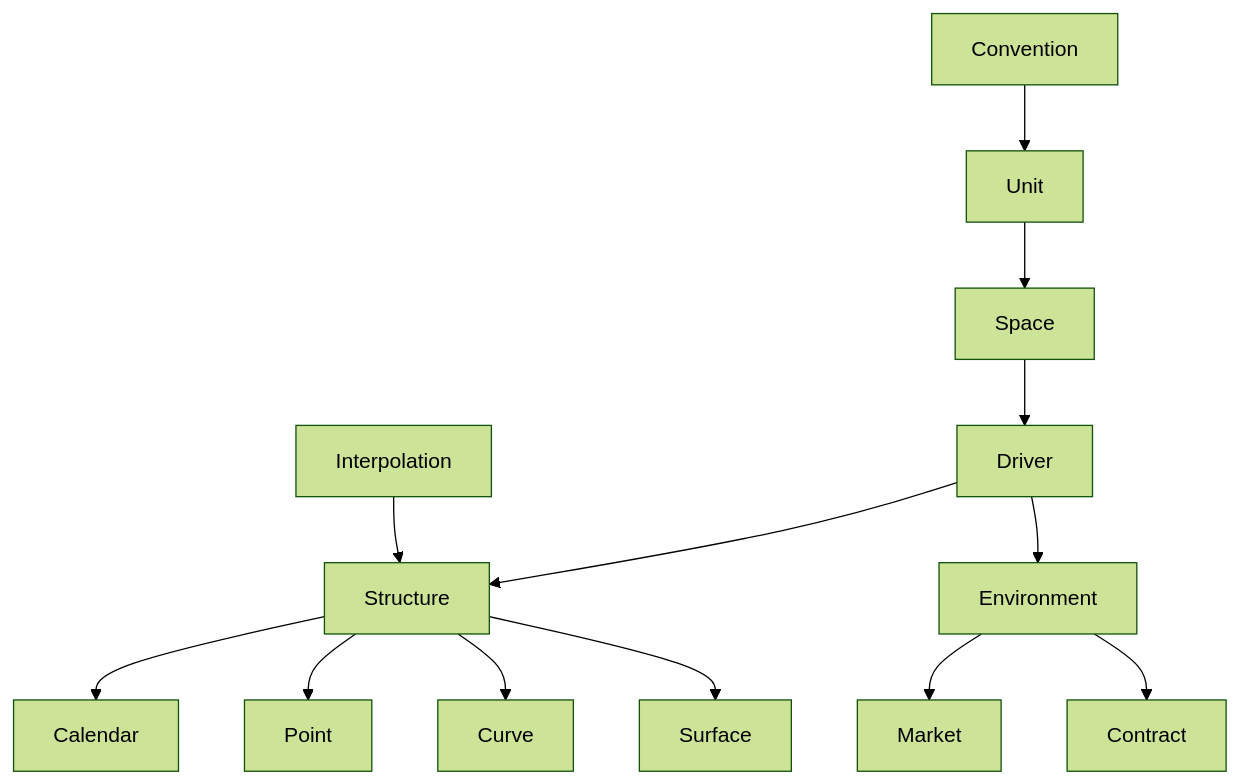
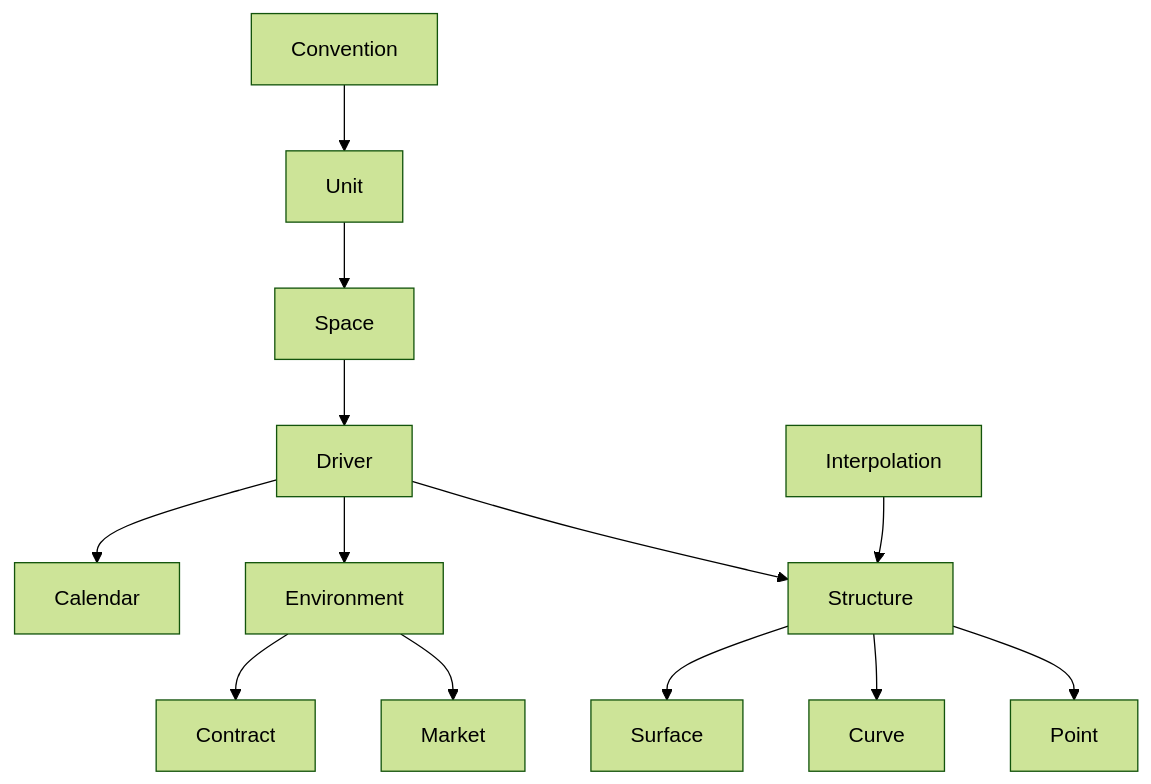
Before and after one commit to tristanvandevelde/finstruct: the first of 2 diagrams in README.md, drawn with Mermaid (forest theme).

````diff
--- a/README.md
+++ b/README.md
@@ -28,15 +28,15 @@
 ```mermaid
 graph TD;
     Convention-->Unit;
     Unit-->Space;
     Space-->Driver;
     Driver-->Structure;
     Driver-->Environment;
     Environment-->Market;
     Environment-->Contract;
-    Structure-->Calendar;
+    Driver-->Calendar;
     Structure-->Point;
     Structure-->Curve;
     Structure-->Surface;
     Interpolation-->Structure;
 ```
````
